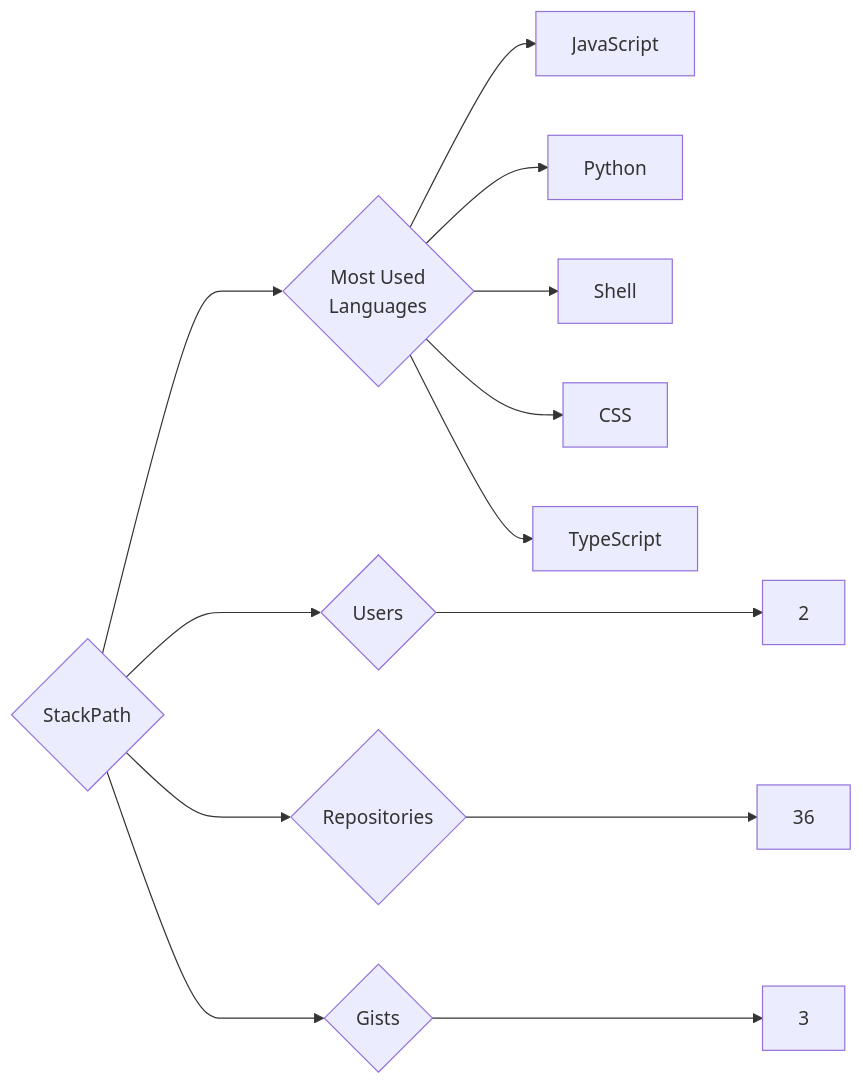
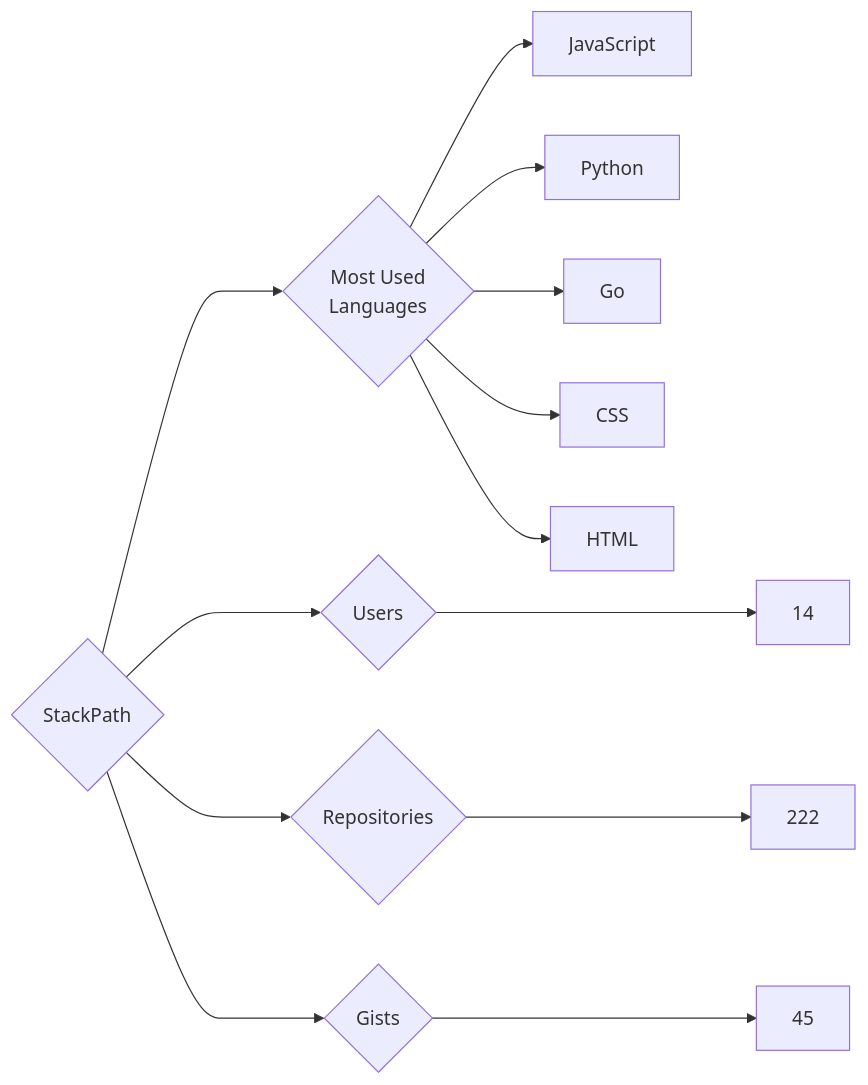
Before and after one commit to trickest/insiders: the diagram in targets/StackPath/README.md, drawn with Mermaid. The commit also changed 806 other files, not shown here.

````diff
--- a/targets/StackPath/README.md
+++ b/targets/StackPath/README.md
@@ -3,13 +3,13 @@
 ```mermaid
 graph LR
 COMPANY_NAME{StackPath}
-COMPANY_NAME ---> U{Users} ---> UN[2]
-COMPANY_NAME ---> R{Repositories} ---> RN[36]
-COMPANY_NAME ---> G{Gists} ---> GN[3]
+COMPANY_NAME ---> U{Users} ---> UN[14]
+COMPANY_NAME ---> R{Repositories} ---> RN[222]
+COMPANY_NAME ---> G{Gists} ---> GN[45]
 COMPANY_NAME ---> ML{Most Used<br>Languages}
 ML --> JavaScript[JavaScript]
 ML --> Python[Python]
-ML --> Shell[Shell]
+ML --> Go[Go]
 ML --> CSS[CSS]
-ML --> TypeScript[TypeScript]
+ML --> HTML[HTML]
 ```
````
